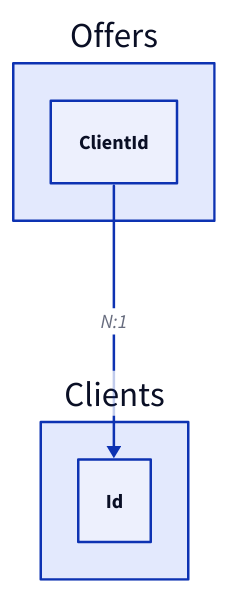
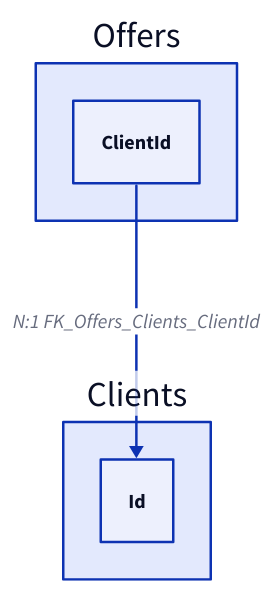
The third of 5 diagrams in skills/efcore-d2-db-diagram/references/d2-erd-style.md (alihassandbouk/fa-ai-standard-template), drawn with D2 before and after one commit. The commit also changed other lines of this file and 13 other files, not shown here.

````diff
--- a/skills/efcore-d2-db-diagram/references/d2-erd-style.md
+++ b/skills/efcore-d2-db-diagram/references/d2-erd-style.md
@@ -27,3 +35,3 @@
 ```d2
-Offers.ClientId -> Clients.Id: "N:1"
+Offers.ClientId -> Clients.Id: "N:1 FK_Offers_Clients_ClientId"
 ```
````
